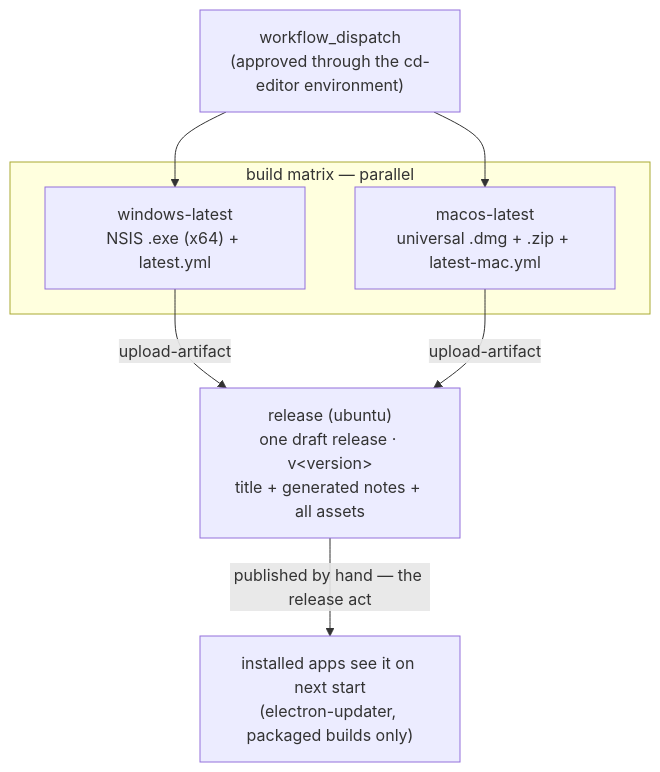
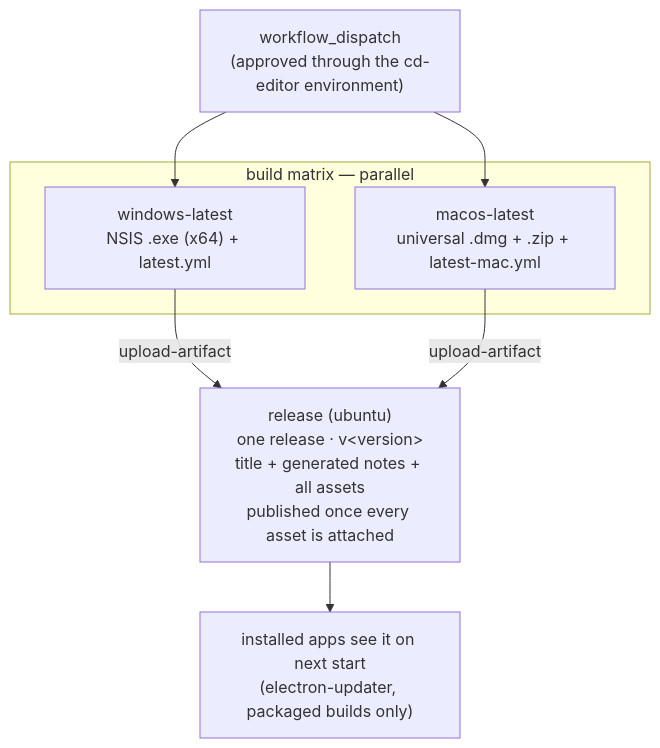
The diagram in .github/workflows/cd-editor.md (soroush-tech/core), drawn with Mermaid before and after one commit. The commit also changed other lines of this file and 3 other files, not shown here.

First line of the commit message:
feat(editor): publish the release from CD instead of leaving a draft

````diff
--- a/.github/workflows/cd-editor.md
+++ b/.github/workflows/cd-editor.md
@@ -24,14 +24,14 @@
 ```mermaid
 flowchart TD
     trig["workflow_dispatch<br/>(approved through the cd-editor environment)"] --> win
     trig --> mac
 
     subgraph build ["build matrix — parallel"]
         win["windows-latest<br/>NSIS .exe (x64) + latest.yml"]
         mac["macos-latest<br/>universal .dmg + .zip + latest-mac.yml"]
     end
 
-    win -->|"upload-artifact"| rel["release (ubuntu)<br/>one draft release · v&lt;version&gt;<br/>title + generated notes + all assets"]
+    win -->|"upload-artifact"| rel["release (ubuntu)<br/>one release · v&lt;version&gt;<br/>title + generated notes + all assets<br/>published once every asset is attached"]
     mac -->|"upload-artifact"| rel
-    rel -->|"published by hand — the release act"| users["installed apps see it on next start<br/>(electron-updater, packaged builds only)"]
+    rel --> users["installed apps see it on next start<br/>(electron-updater, packaged builds only)"]
 ```
````
